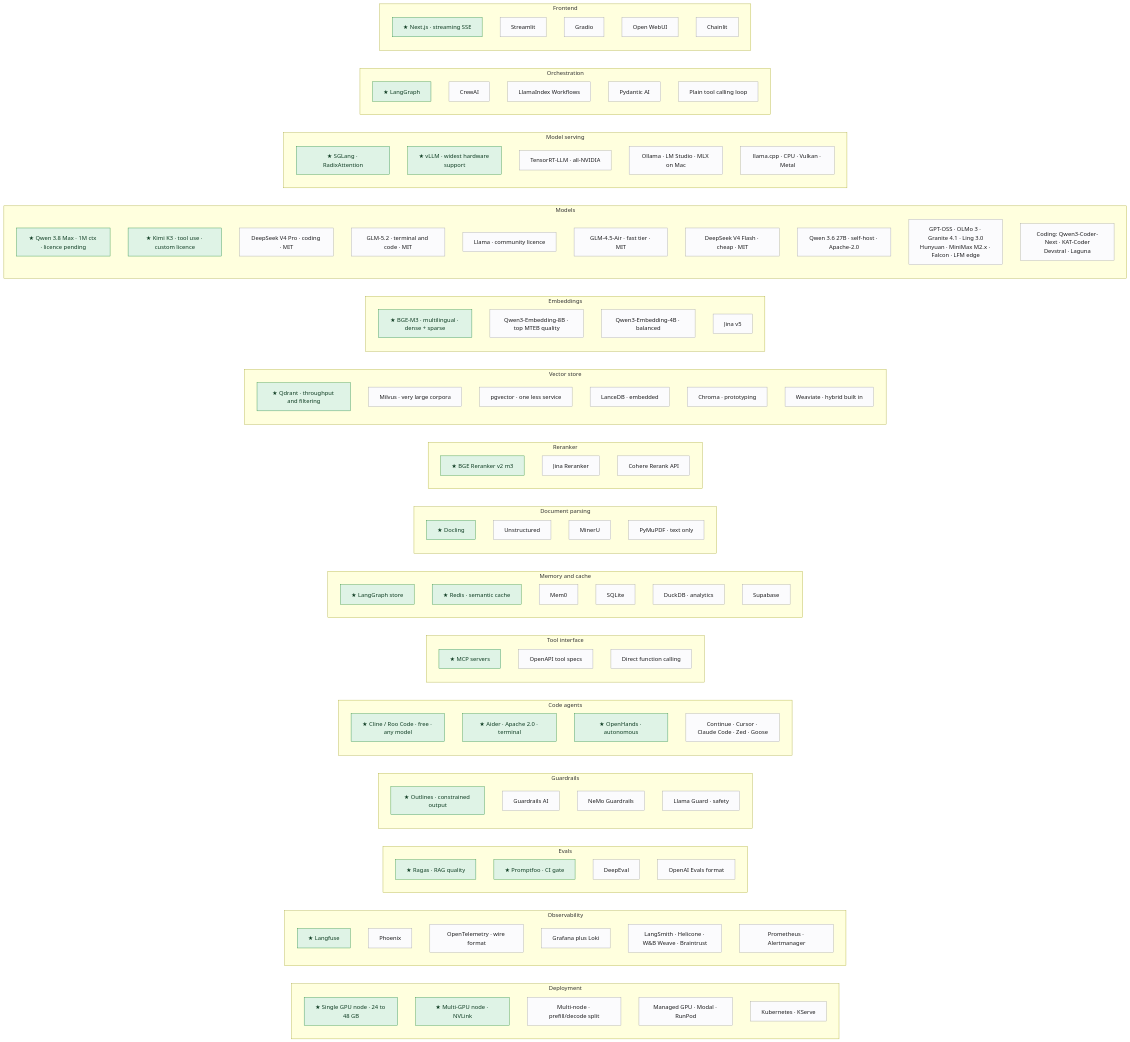
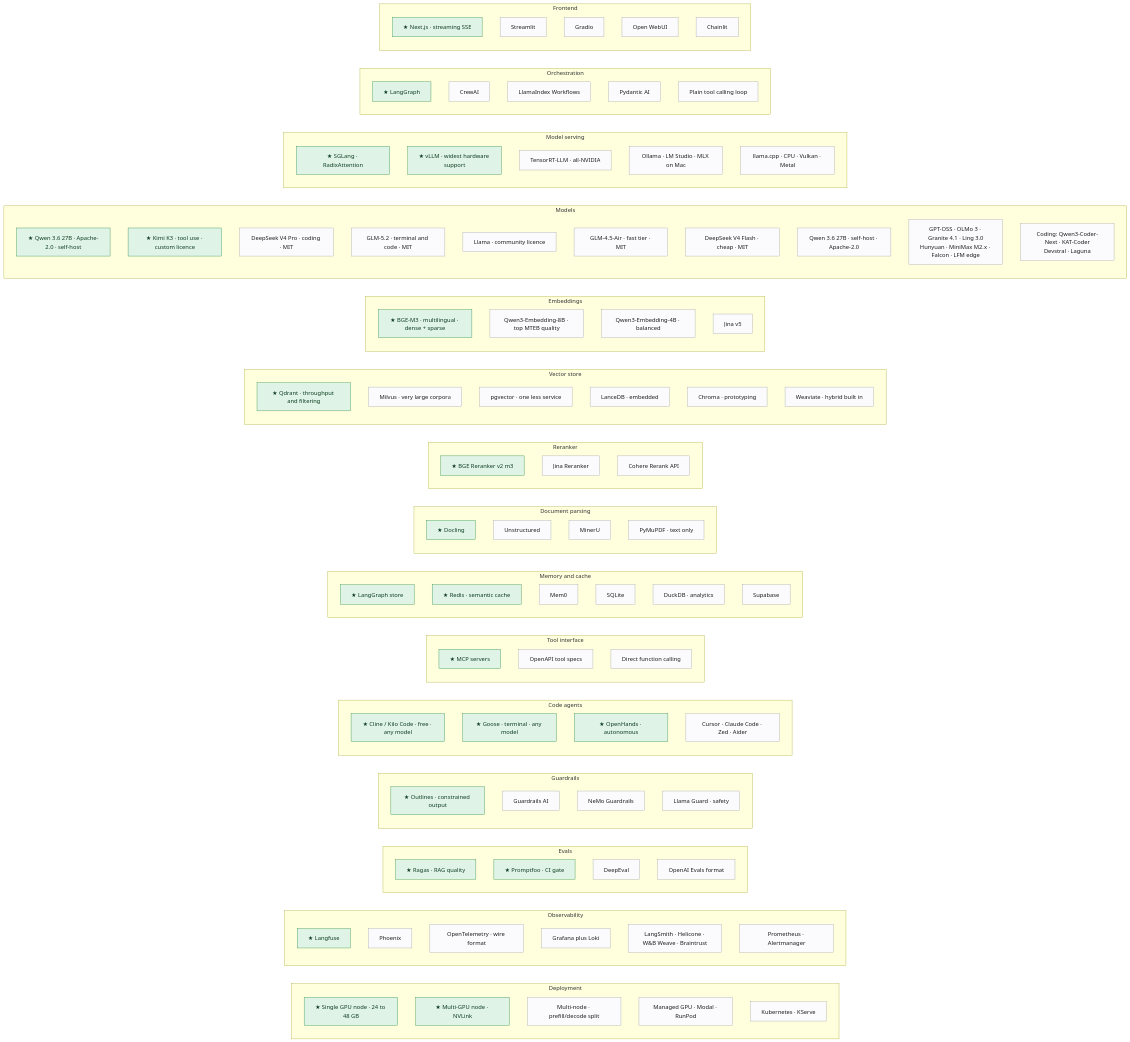
Diagram 17 of 18 in MANUAL.md (mlvpatel/open-weight-agent-stack), drawn with Mermaid before and after one commit. The commit also changed other lines of this file and 15 other files, not shown here.

```diff
--- a/MANUAL.md
+++ b/MANUAL.md
@@ -1439,10 +1454,10 @@
         GR4["Llama Guard · safety"]
     end
     subgraph CAT_CA["Code agents"]
-        CA1["★ Cline / Roo Code · free · any model"]
-        CA2["★ Aider · Apache 2.0 · terminal"]
+        CA1["★ Cline / Kilo Code · free · any model"]
+        CA2["★ Goose · terminal · any model"]
         CA3["★ OpenHands · autonomous"]
-        CA4["Continue · Cursor · Claude Code · Zed · Goose"]
+        CA4["Cursor · Claude Code · Zed · Aider"]
     end
     subgraph CAT_TL["Tool interface"]
         TL1["★ MCP servers"]
@@ -1483,7 +1498,7 @@
         EM4["Jina v5"]
     end
     subgraph CAT_MD["Models"]
-        MD1["★ Qwen 3.8 Max · 1M ctx · licence pending"]
+        MD1["★ Qwen 3.6 27B · Apache-2.0 · self-host"]
         MD2["★ Kimi K3 · tool use · custom licence"]
         MD3["DeepSeek V4 Pro · coding · MIT"]
         MD4["GLM-5.2 · terminal and code · MIT"]
```
